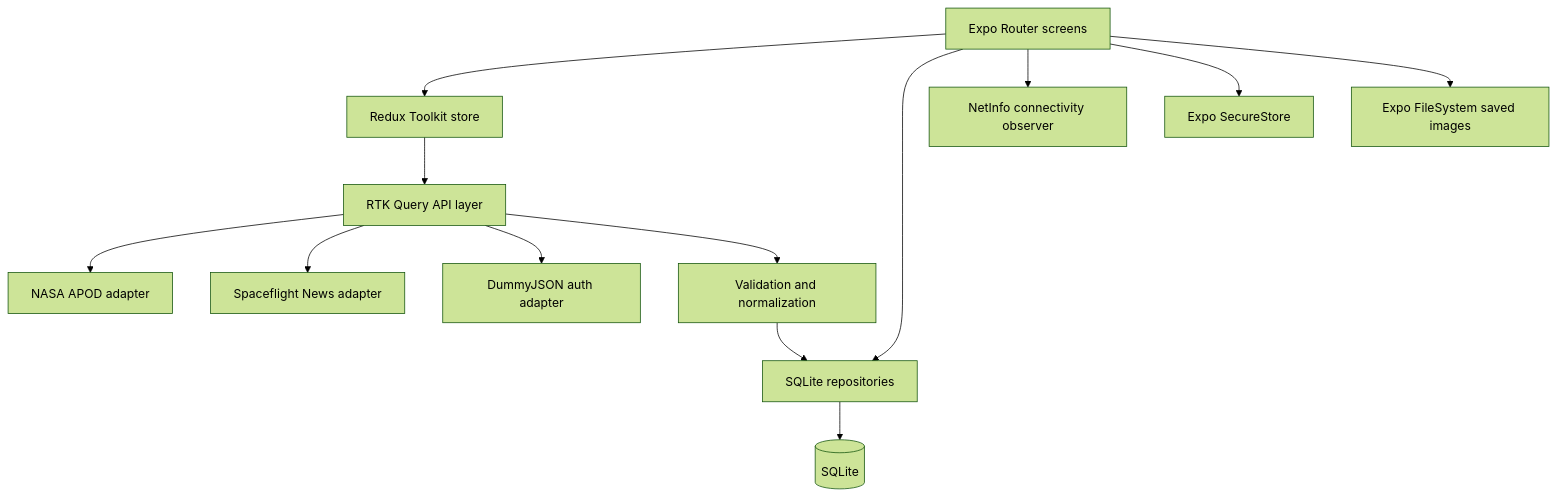
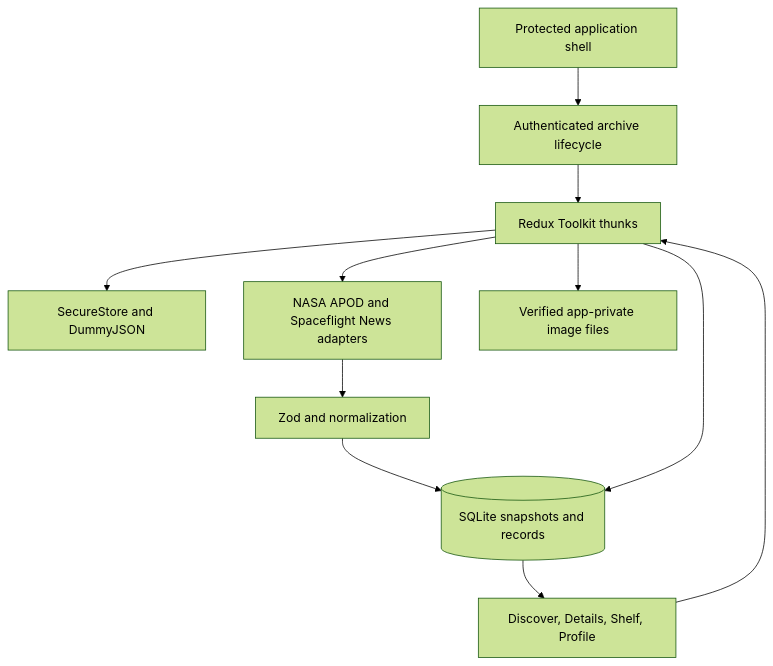
The diagram in design/ARCHITECTURE.md (Suthankan1/cosmolog), drawn with Mermaid (forest theme) before and after one commit. The commit also changed other lines of this file and 24 other files, not shown here.

````diff
--- a/design/ARCHITECTURE.md
+++ b/design/ARCHITECTURE.md
@@ -3,15 +5,13 @@
 ```mermaid
 flowchart TD
-  UI[Expo Router screens] --> Store[Redux Toolkit store]
-  UI --> Repo[SQLite repositories]
-  Store --> RTK[RTK Query API layer]
-  RTK --> NASA[NASA APOD adapter]
-  RTK --> SN[Spaceflight News adapter]
-  RTK --> Auth[DummyJSON auth adapter]
-  RTK --> Normalizer[Validation and normalization]
-  Normalizer --> Repo
-  Repo --> DB[(SQLite)]
-  UI --> Net[NetInfo connectivity observer]
-  UI --> Secure[Expo SecureStore]
-  UI --> Images[Expo FileSystem saved images]
+  Shell[Protected application shell] --> Life[Authenticated archive lifecycle]
+  Life --> Thunks[Redux Toolkit thunks]
+  Screens[Discover, Details, Shelf, Profile] --> Thunks
+  Thunks --> Session[SecureStore and DummyJSON]
+  Thunks --> Adapters[NASA APOD and Spaceflight News adapters]
+  Adapters --> Validate[Zod and normalization]
+  Validate --> SQLite[(SQLite snapshots and records)]
+  Thunks --> SQLite
+  Thunks --> Files[Verified app-private image files]
+  SQLite --> Screens
 ```
````
